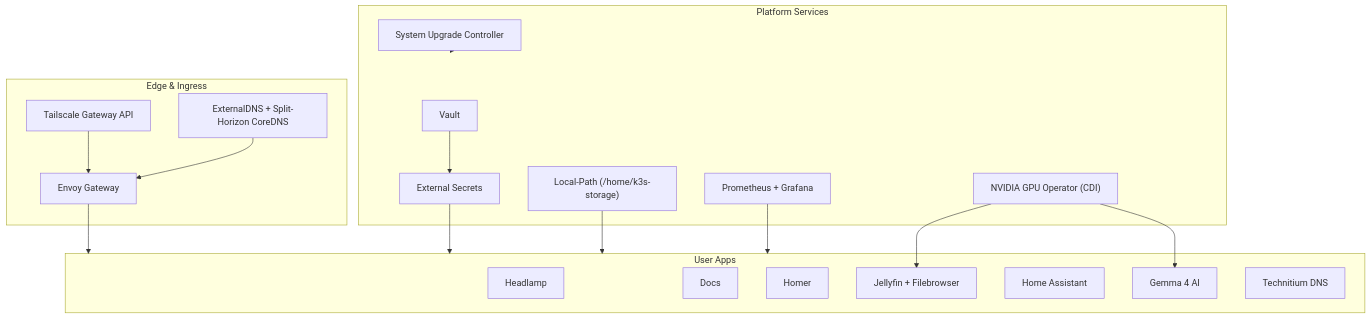
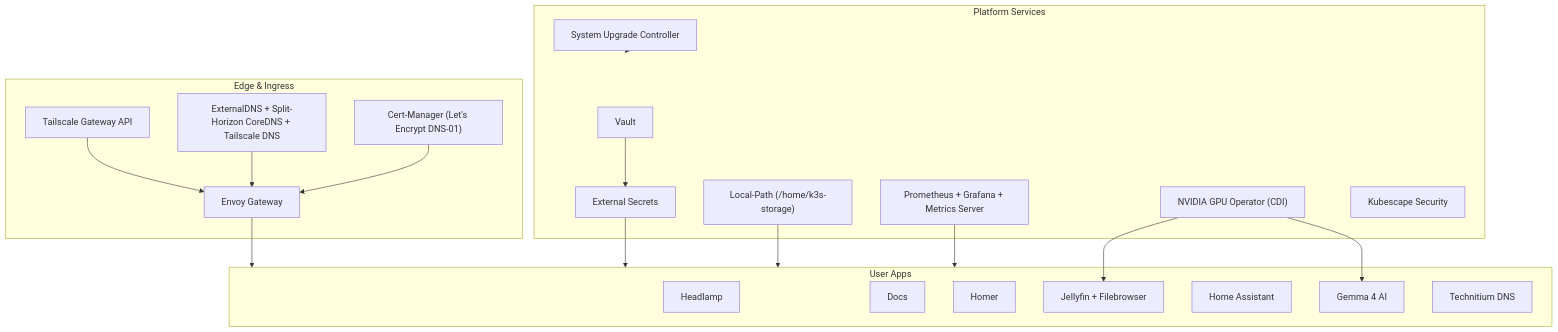
The second of 4 diagrams in README.md (nsudhanva/homelab), drawn with Mermaid before and after one commit. The commit also changed 2 other files, not shown here.

Commit message:
chore(audit): sync documentation references and fix envoy proxy metrics path

````diff
--- a/README.md
+++ b/README.md
@@ -83,38 +83,41 @@
 ```mermaid
 flowchart TB
   subgraph Edge["Edge & Ingress"]
     Tailscale["Tailscale Gateway API"]
     Envoy["Envoy Gateway"]
-    DNS["ExternalDNS + Split-Horizon CoreDNS"]
+    DNS["ExternalDNS + Split-Horizon CoreDNS + Tailscale DNS"]
+    CertManager["Cert-Manager (Let's Encrypt DNS-01)"]
   end
 
   subgraph Platform["Platform Services"]
     Vault["Vault"]
     ESO["External Secrets"]
     Storage["Local-Path (/home/k3s-storage)"]
-    Metrics["Prometheus + Grafana"]
+    Metrics["Prometheus + Grafana + Metrics Server"]
     NVIDIA["NVIDIA GPU Operator (CDI)"]
     SUC["System Upgrade Controller"]
+    Kubescape["Kubescape Security"]
   end
 
   subgraph Apps["User Apps"]
     Headlamp["Headlamp"]
     Docs["Docs"]
     Homer["Homer"]
     Media["Jellyfin + Filebrowser"]
     HA["Home Assistant"]
     AI["Gemma 4 AI"]
     DNSApp["Technitium DNS"]
   end
 
   Tailscale --> Envoy
   DNS --> Envoy
+  CertManager --> Envoy
   Envoy --> Apps
   Vault --> ESO
   ESO --> Apps
   Storage --> Apps
   Metrics --> Apps
   NVIDIA --> Media
   NVIDIA --> AI
   SUC --> Platform
 ```
````
